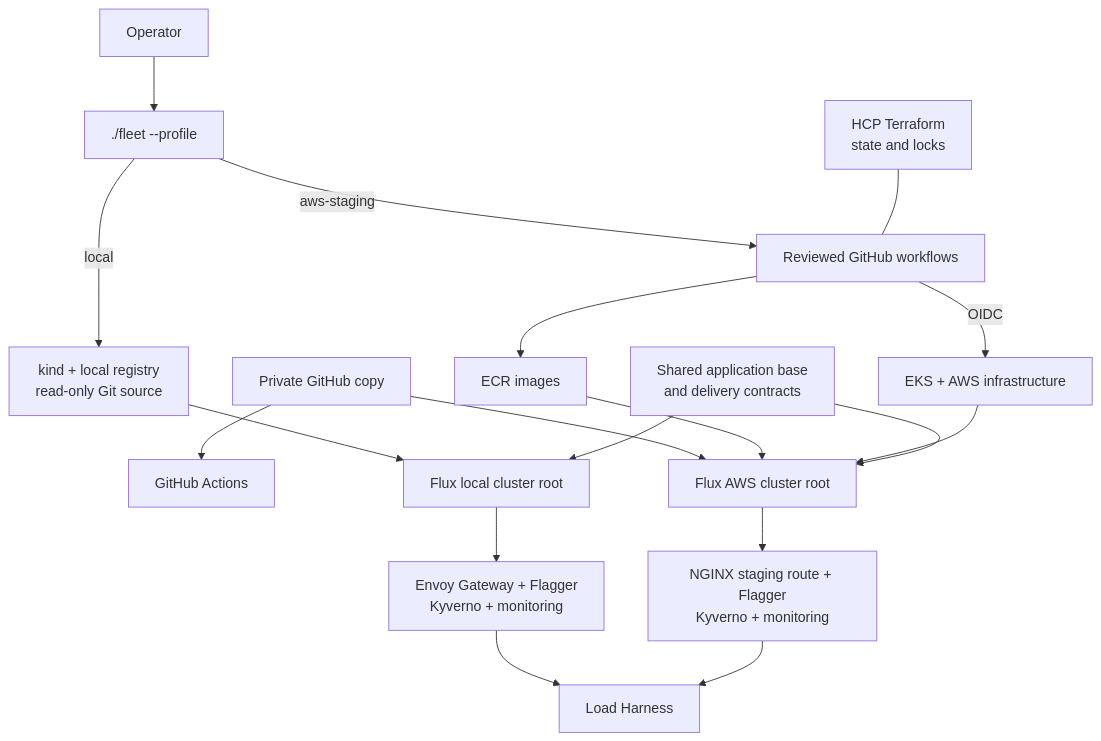
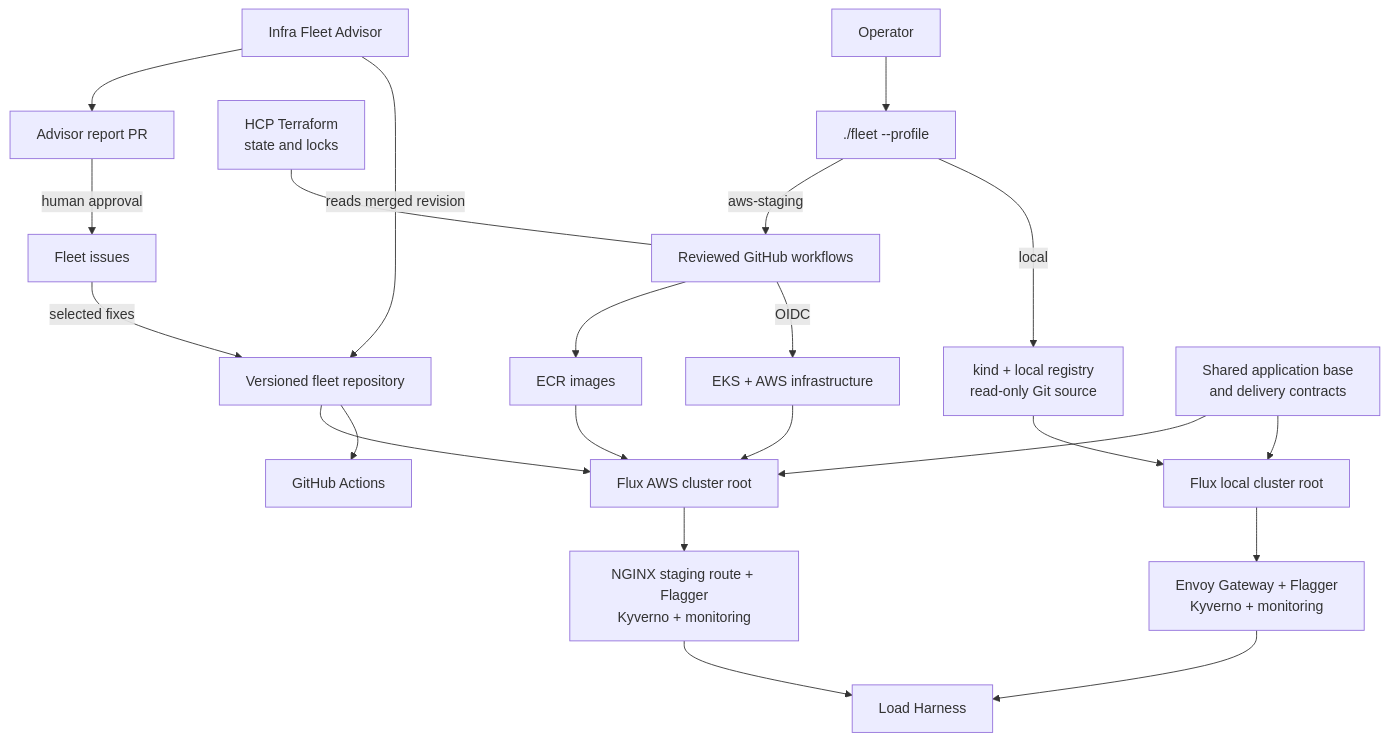
Before and after one commit to ImranAdan/infra-fleet-public: the diagram in README.md, drawn with Mermaid. The commit also changed other lines of this file and 2 other files, not shown here.

````diff
--- a/README.md
+++ b/README.md
@@ -133,23 +157,28 @@
 ```mermaid
 flowchart TB
   Operator[Operator] --> Facade[./fleet --profile]
-  Repo[Private GitHub copy] --> CI[GitHub Actions]
+  Repo[Versioned fleet repository] --> CI[GitHub Actions]
 
   Facade -->|local| LocalBootstrap[kind + local registry<br/>read-only Git source]
   LocalBootstrap --> LocalFlux[Flux local cluster root]
   LocalFlux --> LocalPlatform[Envoy Gateway + Flagger<br/>Kyverno + monitoring]
 
   Facade -->|aws-staging| Workflows[Reviewed GitHub workflows]
   Workflows -->|OIDC| AWS[EKS + AWS infrastructure]
   Workflows --> ECR[ECR images]
   HCP[HCP Terraform<br/>state and locks] --- Workflows
   Repo --> AWSFlux[Flux AWS cluster root]
   ECR --> AWSFlux
   AWS --> AWSFlux
   AWSFlux --> AWSPlatform[NGINX staging route + Flagger<br/>Kyverno + monitoring]
 
   Shared[Shared application base<br/>and delivery contracts] --> LocalFlux
   Shared --> AWSFlux
   LocalPlatform --> App[Load Harness]
   AWSPlatform --> App
+
+  Advisor[Infra Fleet Advisor] -->|reads merged revision| Repo
+  Advisor --> ReportPR[Advisor report PR]
+  ReportPR -->|human approval| FleetIssues[Fleet issues]
+  FleetIssues -->|selected fixes| Repo
 ```
````
